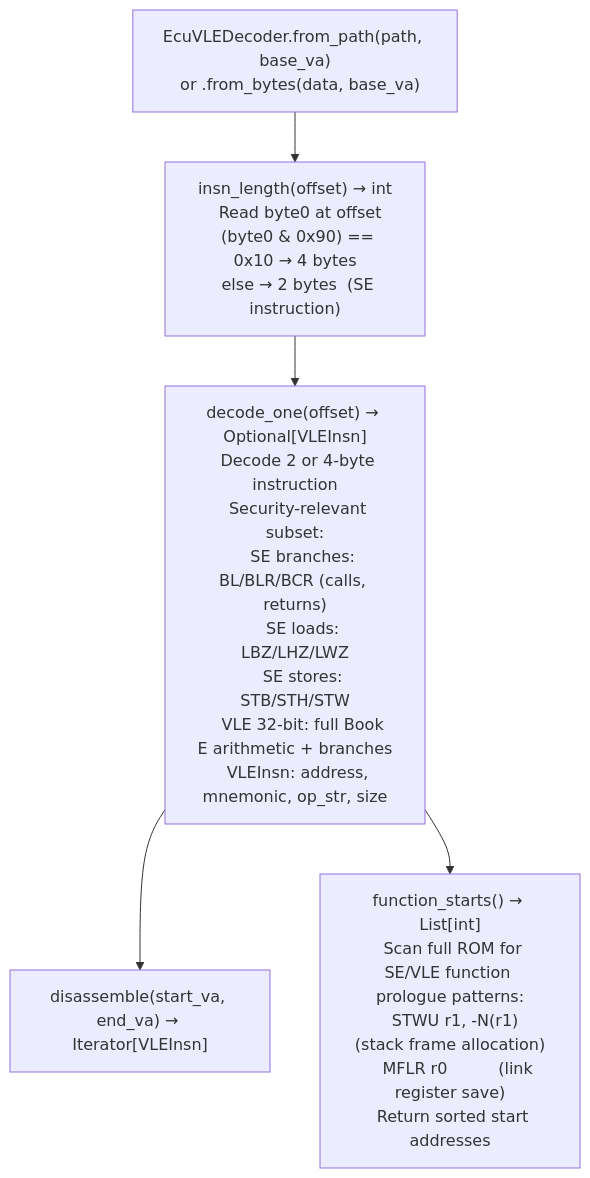
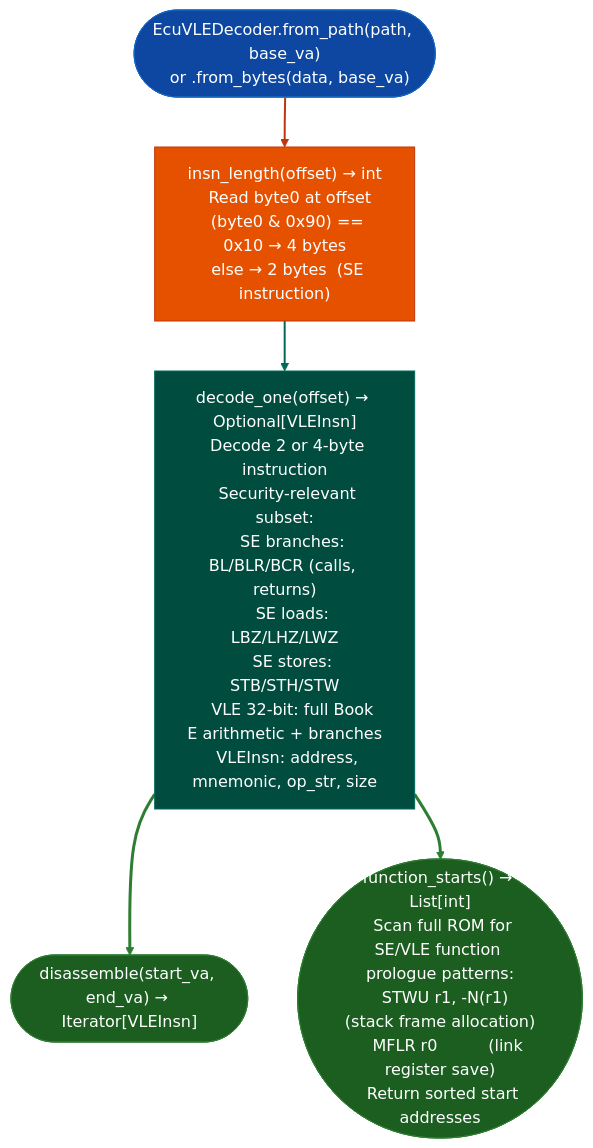
Before and after one commit to Ablation-Tool/ablation: the diagram in docs/reference-modules/powerpc-vle-decoding.md, drawn with Mermaid. The commit also changed 320 other files, not shown here.

First line of the commit message:
docs: apply canonical Mermaid template to all 321 diagrams

````diff
--- a/docs/reference-modules/powerpc-vle-decoding.md
+++ b/docs/reference-modules/powerpc-vle-decoding.md
@@ -19,7 +19,17 @@
 ```mermaid
 flowchart TD
-    A["EcuVLEDecoder.from_path(path, base_va)\n  or .from_bytes(data, base_va)"] --> B["insn_length(offset) → int\n  Read byte0 at offset\n  (byte0 & 0x90) == 0x10 → 4 bytes\n  else → 2 bytes  (SE instruction)"]
-    B --> C["decode_one(offset) → Optional[VLEInsn]\n  Decode 2 or 4-byte instruction\n  Security-relevant subset:\n    SE branches: BL/BLR/BCR (calls, returns)\n    SE loads: LBZ/LHZ/LWZ\n    SE stores: STB/STH/STW\n    VLE 32-bit: full Book E arithmetic + branches\n  VLEInsn: address, mnemonic, op_str, size"]
-    C --> D["disassemble(start_va, end_va) → Iterator[VLEInsn]"]
-    C --> E["function_starts() → List[int]\n  Scan full ROM for SE/VLE function prologue patterns:\n    STWU r1, -N(r1)  (stack frame allocation)\n    MFLR r0          (link register save)\n  Return sorted start addresses"]
+    A(["EcuVLEDecoder.from_path(path, base_va)\n  or .from_bytes(data, base_va)"]):::input --> B["insn_length(offset) → int\n  Read byte0 at offset\n  (byte0 & 0x90) == 0x10 → 4 bytes\n  else → 2 bytes  (SE instruction)"]:::primary
+    B:::primary --> C["decode_one(offset) → Optional[VLEInsn]\n  Decode 2 or 4-byte instruction\n  Security-relevant subset:\n    SE branches: BL/BLR/BCR (calls, returns)\n    SE loads: LBZ/LHZ/LWZ\n    SE stores: STB/STH/STW\n    VLE 32-bit: full Book E arithmetic + branches\n  VLEInsn: address, mnemonic, op_str, size"]:::secondary
+    C:::secondary --> D(["disassemble(start_va, end_va) → Iterator[VLEInsn]"]):::output
+    C:::secondary --> E(["function_starts() → List[int]\n  Scan full ROM for SE/VLE function prologue patterns:\n    STWU r1, -N(r1)  (stack frame allocation)\n    MFLR r0          (link register save)\n  Return sorted start addresses"]):::output
+    classDef input     fill:#0d47a1,stroke:#1565c0,color:#fff
+    classDef primary   fill:#e65100,stroke:#bf360c,color:#fff
+    classDef secondary fill:#004d40,stroke:#00695c,color:#fff
+    classDef tertiary  fill:#4a148c,stroke:#6a1b9a,color:#fff
+    classDef neutral   fill:#37474f,stroke:#546e7a,color:#fff
+    classDef output    fill:#1b5e20,stroke:#2e7d32,color:#fff
+    linkStyle 0 stroke:#bf360c,stroke-width:2px
+    linkStyle 1 stroke:#00695c,stroke-width:2px
+    linkStyle 2 stroke:#2e7d32,stroke-width:3px
+    linkStyle 3 stroke:#2e7d32,stroke-width:3px
 ```
````
